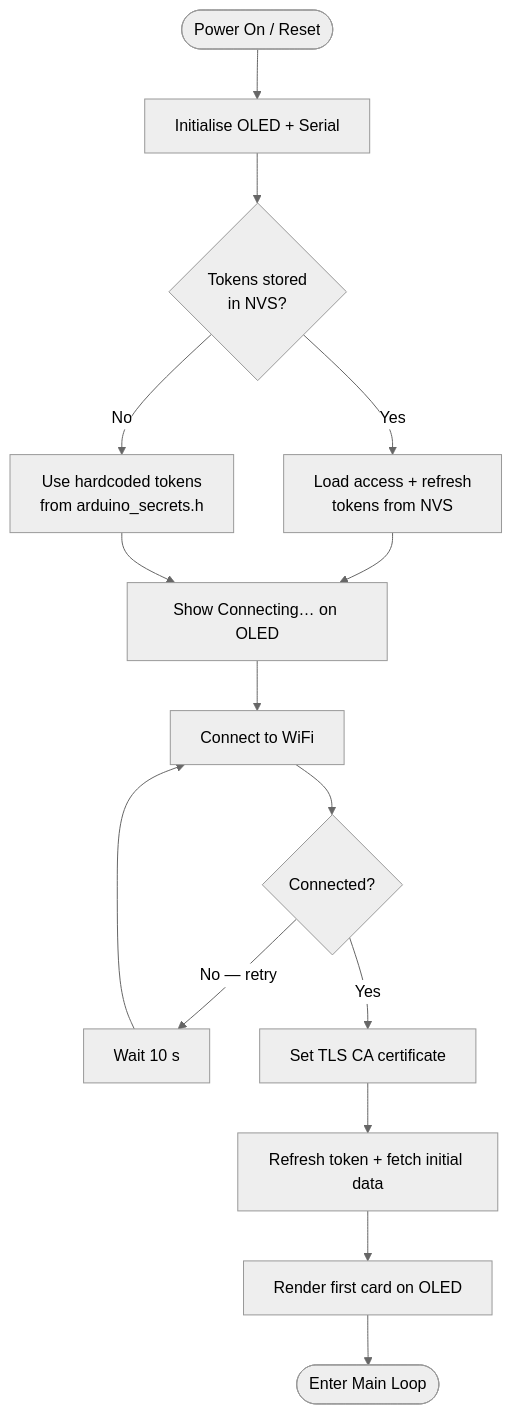
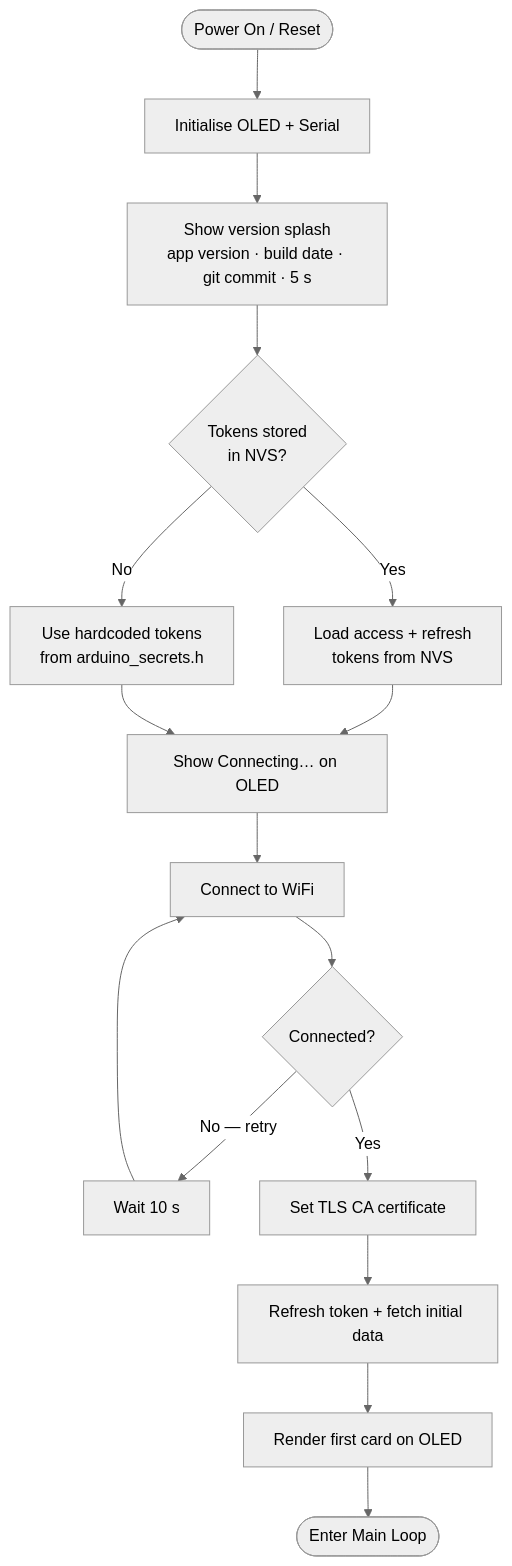
The fifth of 7 diagrams in README.md (vcchstrandberg/netatmo-weather-api), drawn with Mermaid (neutral theme) before and after one commit. The commit also changed other lines of this file, not shown here.

Commit message:
Update README: remove Nano 33 IoT, document version splash

````diff
--- a/README.md
+++ b/README.md
@@ -167,17 +130,18 @@
 ```mermaid
 flowchart TD
     A([Power On / Reset]) --> B[Initialise OLED + Serial]
-    B --> C{Tokens stored\nin NVS?}
+    B --> S[Show version splash\napp version · build date · git commit · 5 s]
+    S --> C{Tokens stored\nin NVS?}
     C -->|Yes| D[Load access + refresh\ntokens from NVS]
     C -->|No| E[Use hardcoded tokens\nfrom arduino_secrets.h]
     D --> F[Show Connecting… on OLED]
     E --> F
     F --> G[Connect to WiFi]
     G --> H{Connected?}
     H -->|No — retry| I[Wait 10 s]
     I --> G
     H -->|Yes| J[Set TLS CA certificate]
     J --> K[Refresh token + fetch initial data]
     K --> L[Render first card on OLED]
     L --> M([Enter Main Loop])
 ```
````
